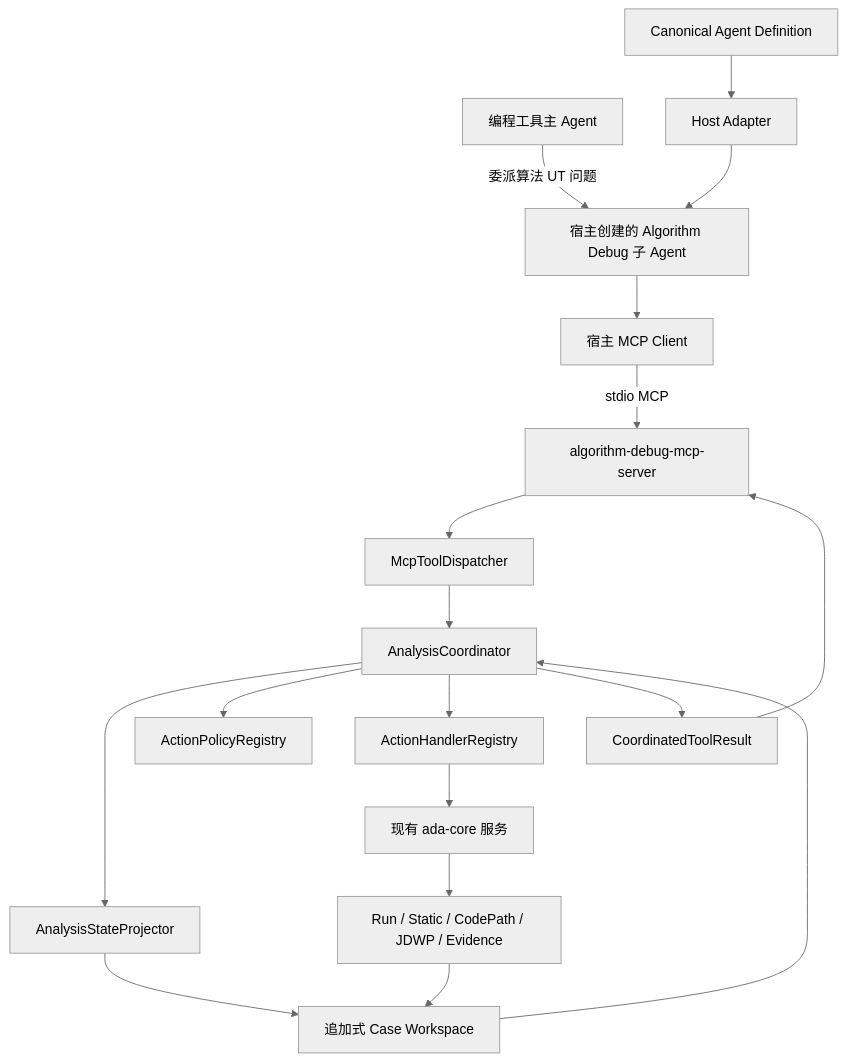
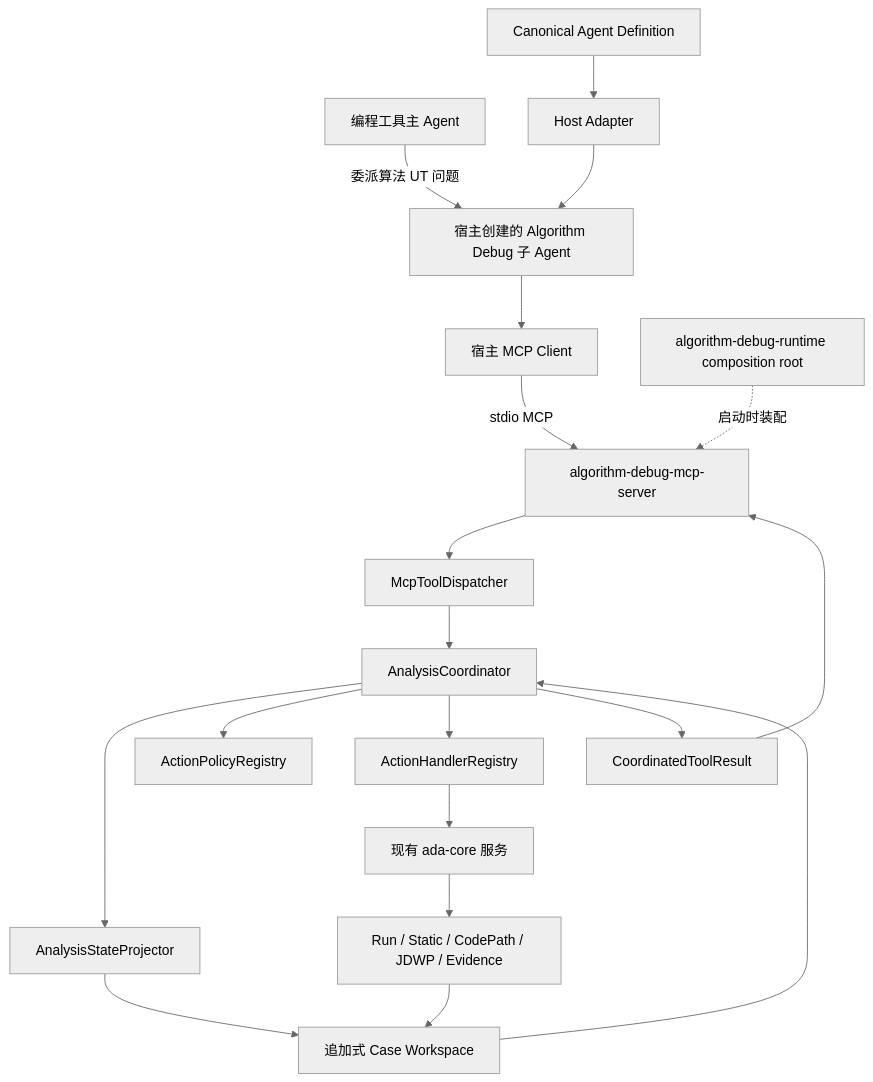
One commit to mh90901119-oss/algorithm-debug-agent changed the second of 4 diagrams in docs/designs/2026-09-25-portable-mcp-subagent-and-coordinator-design.md. Above: the diagram before and after it, drawn with Mermaid (neutral theme). The commit also changed other lines of this file and 3 other files, not shown here.

````diff
--- a/docs/designs/2026-09-25-portable-mcp-subagent-and-coordinator-design.md
+++ b/docs/designs/2026-09-25-portable-mcp-subagent-and-coordinator-design.md
@@ -137,20 +138,21 @@
 ```mermaid
 flowchart TB
     PARENT["编程工具主 Agent"] -->|"委派算法 UT 问题"| CHILD["宿主创建的 Algorithm Debug 子 Agent"]
     DEF["Canonical Agent Definition"] --> ADAPTER["Host Adapter"]
     ADAPTER --> CHILD
     CHILD --> CLIENT["宿主 MCP Client"]
     CLIENT -->|"stdio MCP"| SERVER["algorithm-debug-mcp-server"]
+    RUNTIME["algorithm-debug-runtime composition root"] -.->|"启动时装配"| SERVER
     SERVER --> DISPATCH["McpToolDispatcher"]
     DISPATCH --> COORD["AnalysisCoordinator"]
     COORD --> STATE["AnalysisStateProjector"]
     STATE --> ARCHIVE["追加式 Case Workspace"]
     COORD --> POLICY["ActionPolicyRegistry"]
     COORD --> HANDLER["ActionHandlerRegistry"]
     HANDLER --> CORE["现有 ada-core 服务"]
     CORE --> RUN["Run / Static / CodePath / JDWP / Evidence"]
     RUN --> ARCHIVE
     ARCHIVE --> COORD
     COORD --> RESULT["CoordinatedToolResult"]
     RESULT --> SERVER
 ```
````
